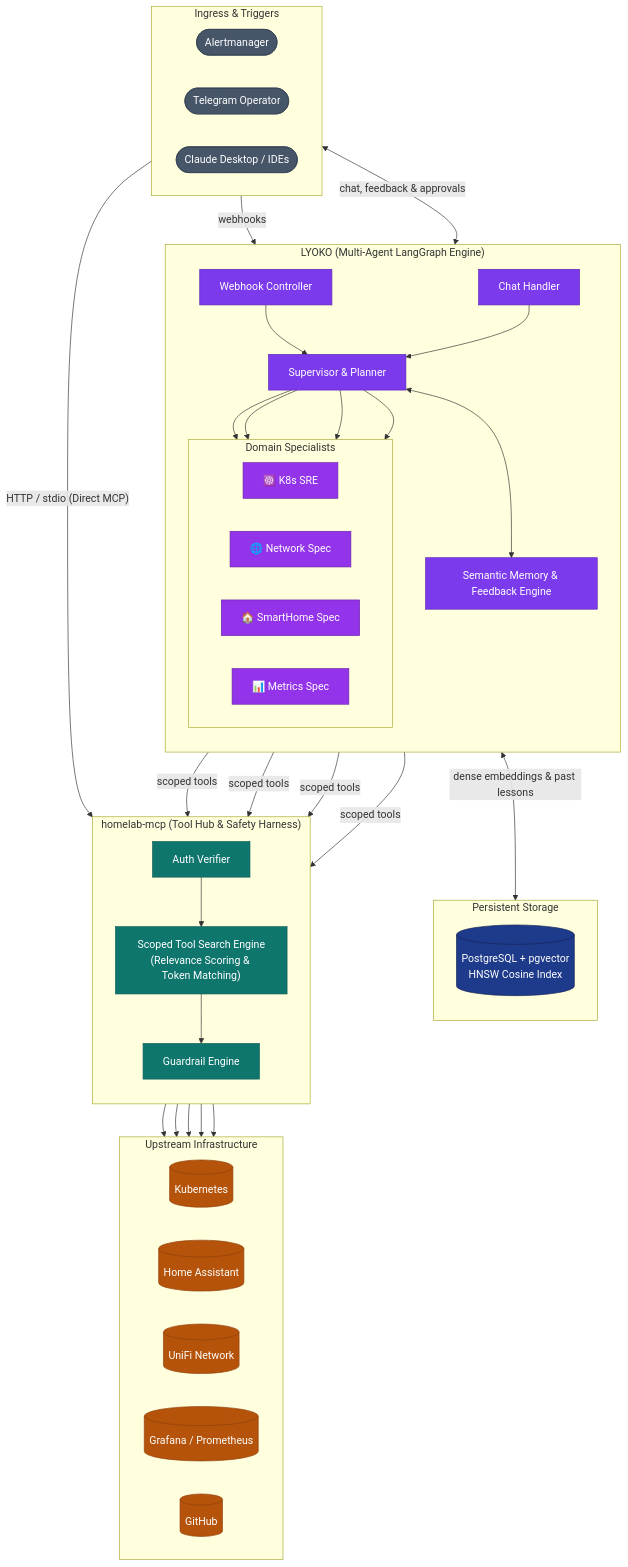
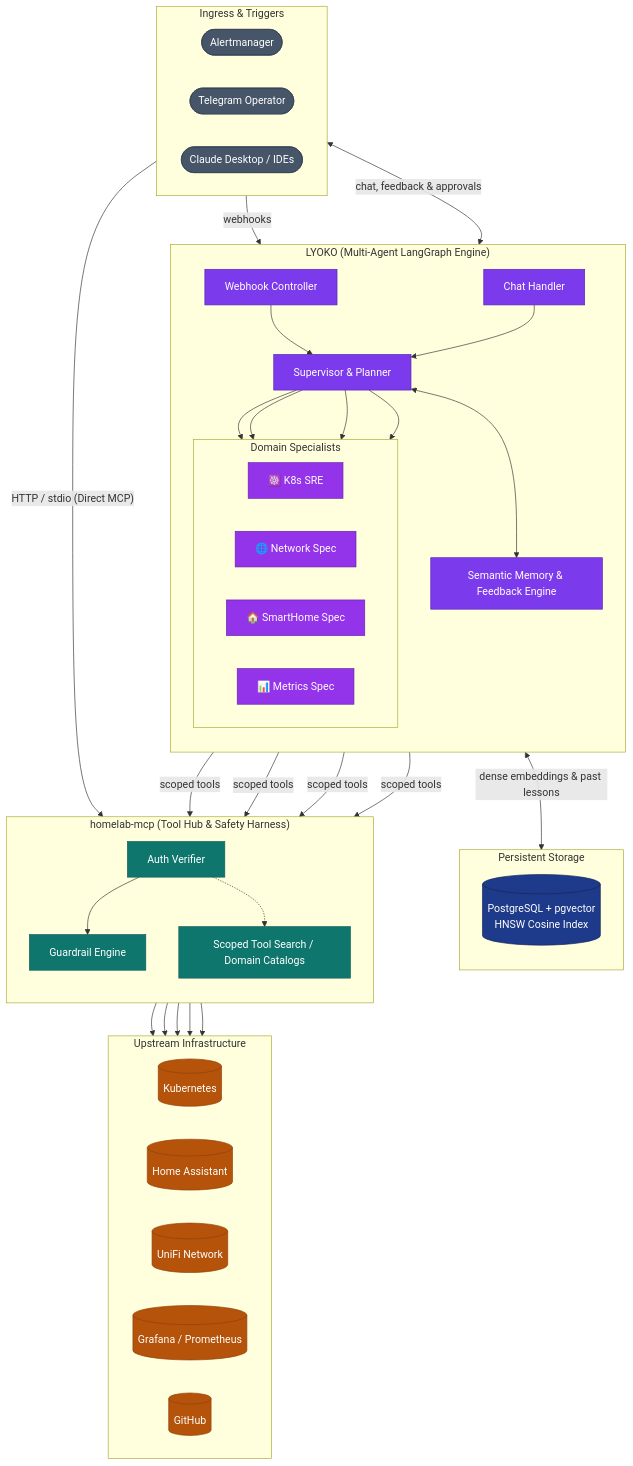
One commit to csp33/homelab-ai-ops changed the first of 2 diagrams in README.md. Above: the diagram before and after it, drawn with Mermaid. The commit also changed other lines of this file and 3 other files, not shown here.

```diff
--- a/README.md
+++ b/README.md
@@ -61,9 +61,10 @@
     subgraph GW ["homelab-mcp (Tool Hub & Safety Harness)"]
         direction TB
         AUTH[Auth Verifier]
-        SEARCH["Scoped Tool Search Engine<br/>(Relevance Scoring & Token Matching)"]
+        SEARCH["Scoped Tool Search / Domain Catalogs"]
         GUARD[Guardrail Engine]
-        AUTH --> SEARCH --> GUARD
+        AUTH --> GUARD
+        AUTH -.-> SEARCH
     end
 
     %% Upstreams
```
